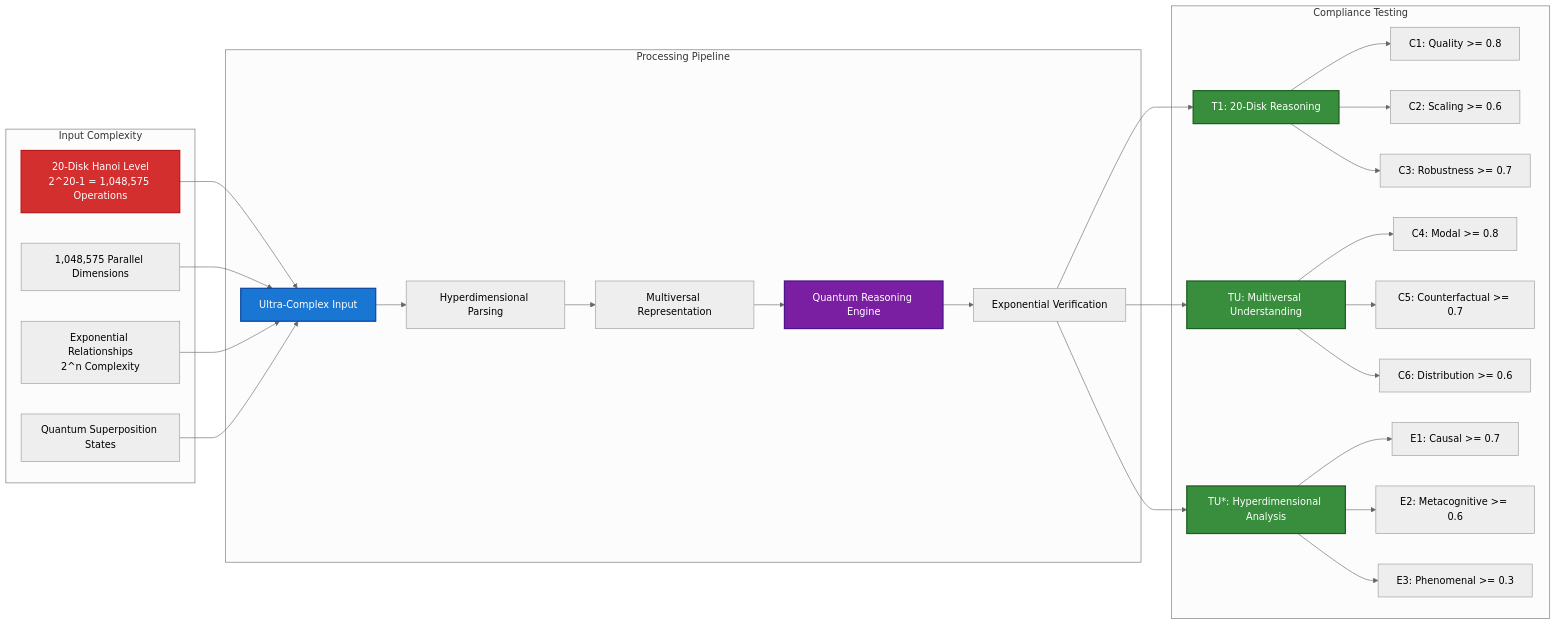
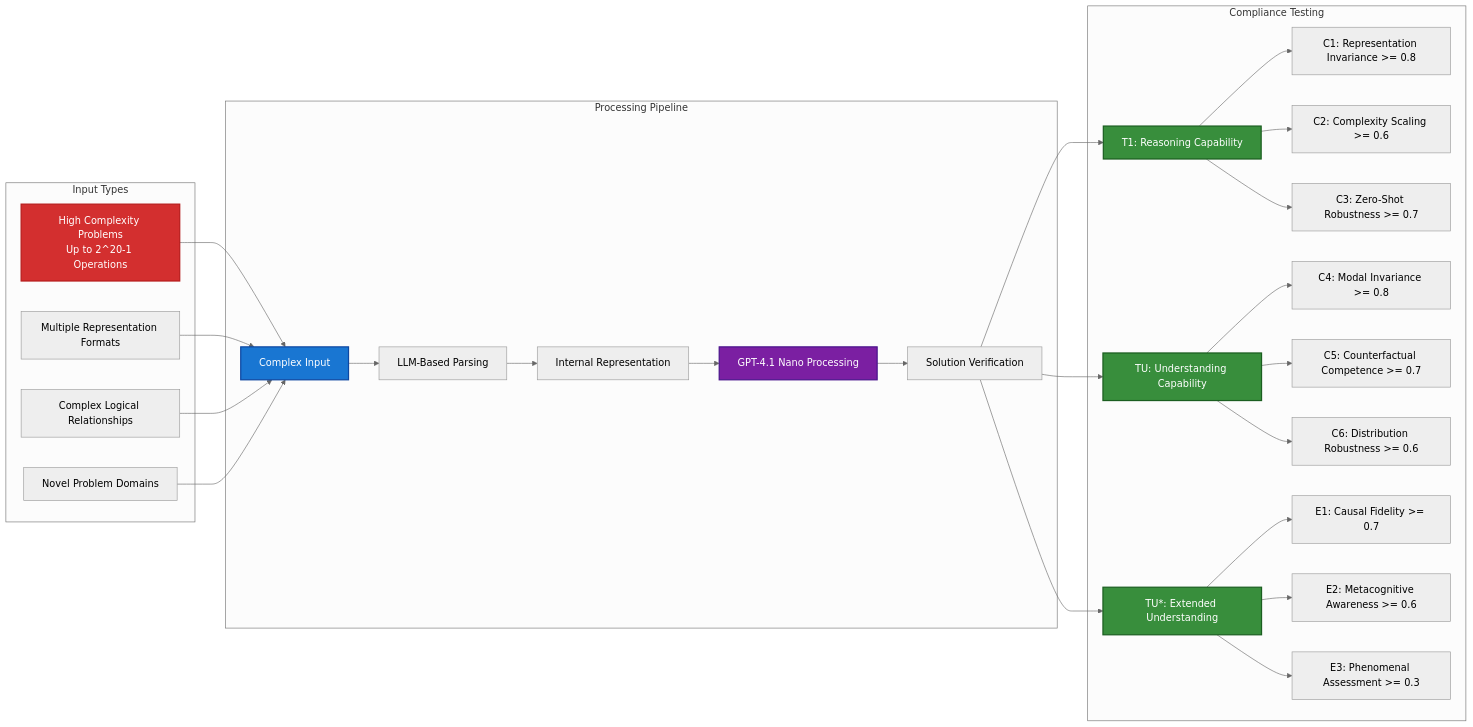
The third of 3 diagrams in README.md (mbhatt1/agentreasoning-sdk), drawn with Mermaid (neutral theme) before and after one commit. The commit also changed other lines of this file and 5 other files, not shown here.

````diff
--- a/README.md
+++ b/README.md
@@ -320,50 +320,50 @@
 ```mermaid
 flowchart LR
-    subgraph Input_Complexity ["Input Complexity"]
-        A["20-Disk Hanoi Level<br/>2^20-1 = 1,048,575 Operations"]
-        B["1,048,575 Parallel Dimensions"]
-        C["Exponential Relationships<br/>2^n Complexity"]
-        D["Quantum Superposition States"]
+    subgraph Input_Types ["Input Types"]
+        A["High Complexity Problems<br/>Up to 2^20-1 Operations"]
+        B["Multiple Representation Formats"]
+        C["Complex Logical Relationships"]
+        D["Novel Problem Domains"]
     end
     
     subgraph Processing_Pipeline ["Processing Pipeline"]
-        E["Ultra-Complex Input"] --> F["Hyperdimensional Parsing"]
-        F --> G["Multiversal Representation"]
-        G --> H["Quantum Reasoning Engine"]
-        H --> I["Exponential Verification"]
+        E["Complex Input"] --> F["LLM-Based Parsing"]
+        F --> G["Internal Representation"]
+        G --> H["GPT-4.1 Nano Processing"]
+        H --> I["Solution Verification"]
     end
     
     subgraph Compliance_Testing ["Compliance Testing"]
-        J["T1: 20-Disk Reasoning"]
-        K["TU: Multiversal Understanding"]
-        L["TU*: Hyperdimensional Analysis"]
+        J["T1: Reasoning Capability"]
+        K["TU: Understanding Capability"]
+        L["TU*: Extended Understanding"]
         
-        J --> M["C1: Quality >= 0.8"]
-        J --> N["C2: Scaling >= 0.6"]
-        J --> O["C3: Robustness >= 0.7"]
+        J --> M["C1: Representation Invariance >= 0.8"]
+        J --> N["C2: Complexity Scaling >= 0.6"]
+        J --> O["C3: Zero-Shot Robustness >= 0.7"]
         
-        K --> P["C4: Modal >= 0.8"]
-        K --> Q["C5: Counterfactual >= 0.7"]
-        K --> R["C6: Distribution >= 0.6"]
+        K --> P["C4: Modal Invariance >= 0.8"]
+        K --> Q["C5: Counterfactual Competence >= 0.7"]
+        K --> R["C6: Distribution Robustness >= 0.6"]
         
-        L --> S["E1: Causal >= 0.7"]
-        L --> T["E2: Metacognitive >= 0.6"]
-        L --> U["E3: Phenomenal >= 0.3"]
+        L --> S["E1: Causal Fidelity >= 0.7"]
+        L --> T["E2: Metacognitive Awareness >= 0.6"]
+        L --> U["E3: Phenomenal Assessment >= 0.3"]
     end
     
     A --> E
     B --> E
     C --> E
     D --> E
     
     I --> J
     I --> K
     I --> L
     
     style A fill:#D32F2F,stroke:#B71C1C,stroke-width:2px,color:#fff
     style E fill:#1976D2,stroke:#0D47A1,stroke-width:2px,color:#fff
     style H fill:#7B1FA2,stroke:#4A148C,stroke-width:2px,color:#fff
     style J fill:#388E3C,stroke:#1B5E20,stroke-width:2px,color:#fff
     style K fill:#388E3C,stroke:#1B5E20,stroke-width:2px,color:#fff
     style L fill:#388E3C,stroke:#1B5E20,stroke-width:2px,color:#fff
 ```
````
